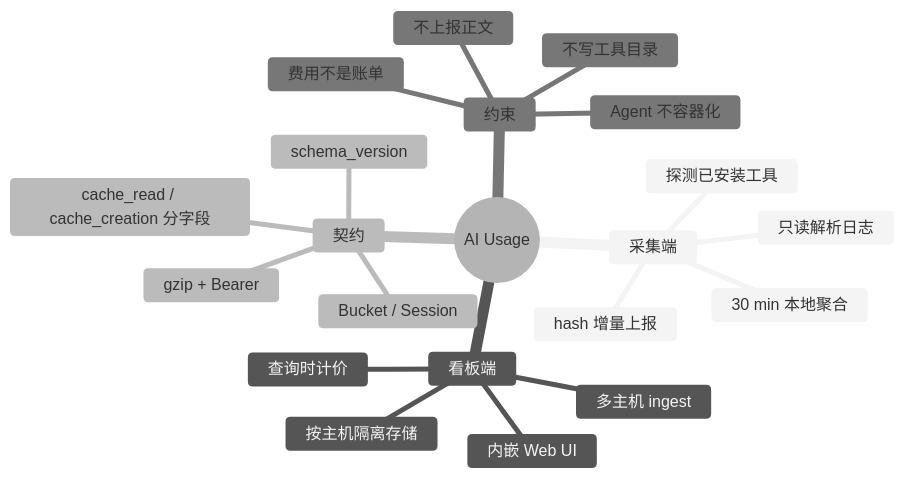
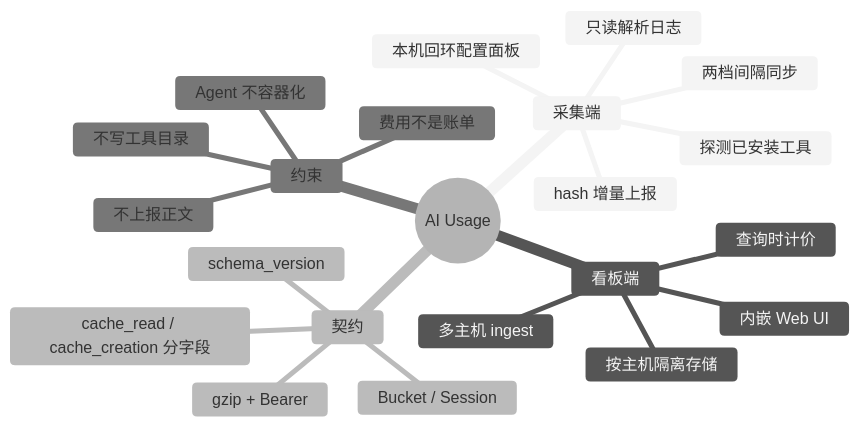
One commit to Huanfiy/ai-usage changed the first of 5 diagrams in docs/design/architecture.md. Above: the diagram before and after it, drawn with Mermaid (neutral theme). The commit also changed other lines of this file and 19 other files, not shown here.

````diff
--- a/docs/design/architecture.md
+++ b/docs/design/architecture.md
@@ -18,24 +18,25 @@
 ```mermaid
 mindmap
   root((AI Usage))
     采集端
       探测已安装工具
       只读解析日志
-      30 min 本地聚合
+      两档间隔同步
       hash 增量上报
+      本机回环配置面板
     看板端
       多主机 ingest
       按主机隔离存储
       查询时计价
       内嵌 Web UI
     契约
       schema_version
       Bucket / Session
       cache_read / cache_creation 分字段
       gzip + Bearer
     约束
       不写工具目录
       不上报正文
       Agent 不容器化
       费用不是账单
 ```
````
